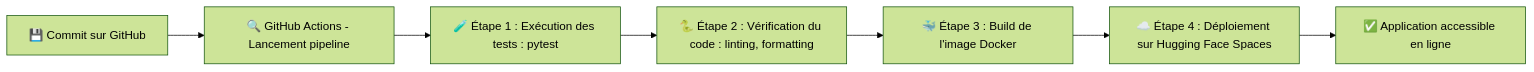
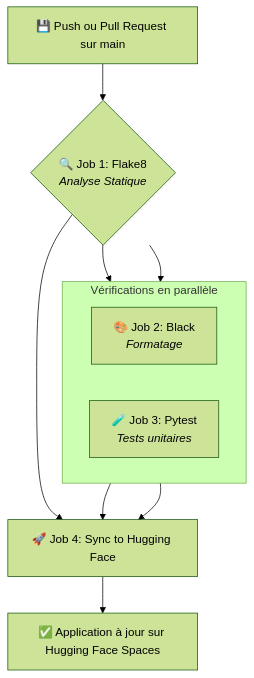
The first of 2 diagrams in README.md (Jojo4911/5-deploy-ml), drawn with Mermaid (forest theme) before and after one commit. The commit also changed other lines of this file and 1 other file, not shown here.

````diff
--- a/README.md
+++ b/README.md
@@ -237,10 +91,19 @@
 ```mermaid
-flowchart LR
-    A[💾 Commit sur GitHub] --> B[🔍 GitHub Actions - Lancement pipeline]
-    B --> C[🧪 Étape 1 : Exécution des tests : pytest]
-    C --> D[🐍 Étape 2 : Vérification du code : linting, formatting]
-    D --> E[🐳 Étape 3 : Build de l'image Docker]
-    E --> F[☁️ Étape 4 : Déploiement sur Hugging Face Spaces]
-    F --> G[✅ Application accessible en ligne]
+flowchart TD
+    A[💾 Push ou Pull Request sur main] --> B{🔍 Job 1: Flake8<br/><i>Analyse Statique</i>}
+    
+    subgraph Parallel_Checks [Vérifications en parallèle]
+        direction LR
+        C[🎨 Job 2: Black<br/><i>Formatage</i>]
+        D[🧪 Job 3: Pytest<br/><i>Tests unitaires</i>]
+    end
 
+    B --> C
+    B --> D
+    
+    C --> E[🚀 Job 4: Sync to Hugging Face]
+    D --> E
+    B --> E
+
+    E --> F[✅ Application à jour sur Hugging Face Spaces]
 ```
````
